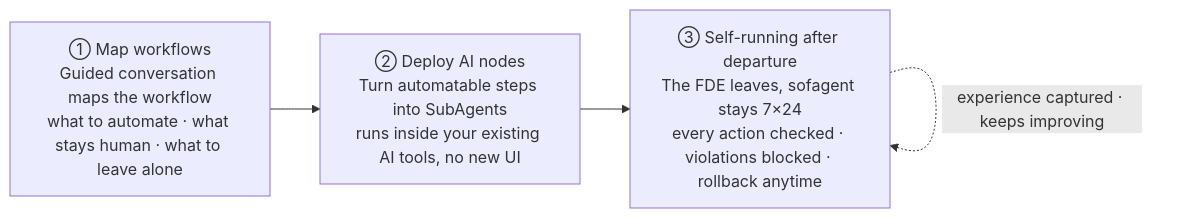
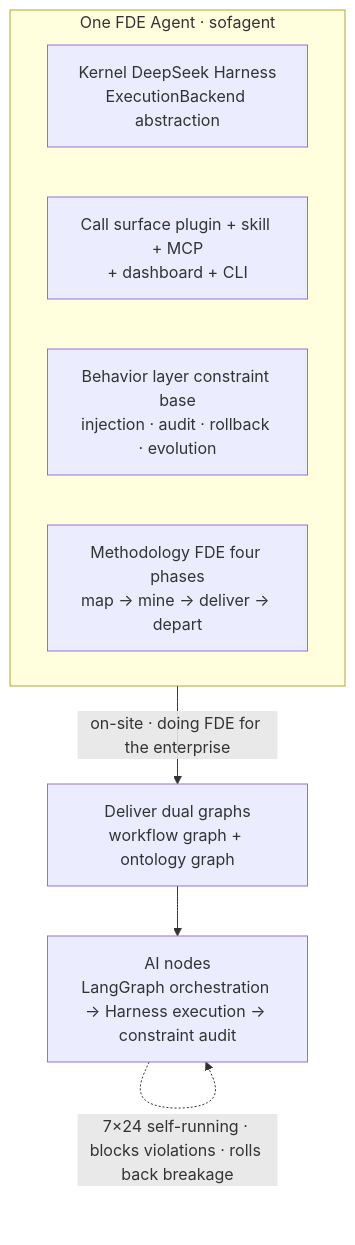
Before and after one commit to KongFangXun/sofagent: the first of 2 diagrams in README.en.md, drawn with Mermaid. The commit also changed 1 other file, not shown here.

Commit message:
docs: FDE 叙事全面体检收口——WIKI 补训练现实预期（产品口径）+ README.en 心智模型图同步
体检发现（围绕 FDE Agent 叙事全文档检查）：
1. 🔴 README.en 心智模型图未同步——zh 已是 FDE Agent 心智模型图（graph TB），en 还停留在旧三步图（graph LR）→ 已替换为英文版心智模型图（Kernel/Call surface/Behavior layer/Methodology + 双 graph 交付 + AI 节点执行）
2. 训练现实预期位置定案：v1.4.1 保留详细版（执行视角：三硬前提/两种后训练/最小可行路径表），WIKI 一·五补产品口径简短版 3 行（行为对齐 vs 知识注入一句话 + 最现实起步 + 期望边界，防堆砌非复制）

体检全绿项：mermaid 图语法完整（README 心智模型图 + WIKI 内外层全景图 2 subgraph/10 节点/8 边）· zh/en 章节结构 11 节完全对齐 · 锚点引用一致（WIKI 一·五计算锚点与 3 处引用匹配）· 术语分布健康（FDE Agent 35/约束层 116/双 graph 5）· 死链 0 · U+FFFD 0 · FDE/GUIDE 激活链表述一致

门禁：check-docs 未超标

````diff
--- a/README.en.md
+++ b/README.en.md
@@ -28,6 +28,12 @@
 ```mermaid
-graph LR
-    A["① Map workflows<br/>Guided conversation maps the workflow<br/>what to automate · what stays human · what to leave alone"] --> B["② Deploy AI nodes<br/>Turn automatable steps into SubAgents<br/>runs inside your existing AI tools, no new UI"]
-    B --> C["③ Self-running after departure<br/>The FDE leaves, sofagent stays 7×24<br/>every action checked · violations blocked · rollback anytime"]
-    C -.->|experience captured · keeps improving| C
+graph TB
+    subgraph S["One FDE Agent · sofagent"]
+        K["Kernel DeepSeek Harness<br/>ExecutionBackend abstraction"]
+        I["Call surface plugin + skill + MCP<br/>+ dashboard + CLI"]
+        B["Behavior layer constraint base<br/>injection · audit · rollback · evolution"]
+        M["Methodology FDE four phases<br/>map → mine → deliver → depart"]
+    end
+    S -->|"on-site · doing FDE for the enterprise"| D["Deliver dual graphs<br/>workflow graph + ontology graph"]
+    D --> N["AI nodes<br/>LangGraph orchestration → Harness execution → constraint audit"]
+    N -.->|"7×24 self-running · blocks violations · rolls back breakage"| N
 ```
````
